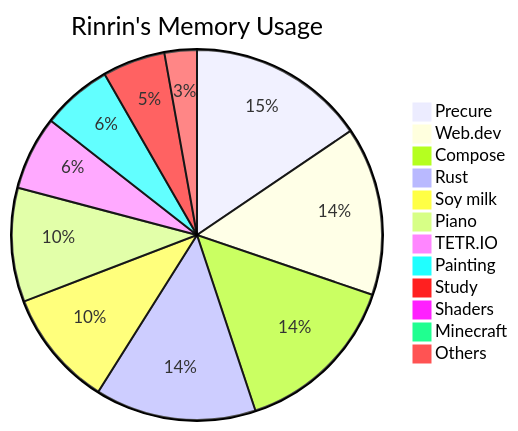
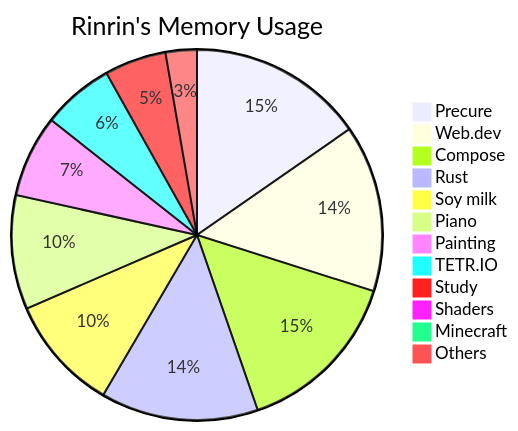
One commit to Rinrin0413/Rinrin0413 changed the diagram in README.md. Above: the diagram before and after it, drawn with Mermaid.

Commit message:
🛠 Update: Rinrin's Memory Usage

````diff
--- a/README.md
+++ b/README.md
@@ -77,15 +77,15 @@
 ```mermaid
 pie title Rinrin's Memory Usage
-    "Precure": 615
-    "Web.dev": 583
-    "Compose": 581
-    "Rust": 557
-    "Soy milk": 405
-    "Piano": 394
-    "TETR.IO": 256
-    "Painting": 243
+    "Precure": 618
+    "Web.dev": 587
+    "Compose": 596
+    "Rust": 554
+    "Soy milk": 406
+    "Piano": 401
+    "Painting": 289
+    "TETR.IO": 252
     "Study": 217
     "Shaders": 30
     "Minecraft": 30
-    "Others": 112
+    "Others": 110
 ```
````
